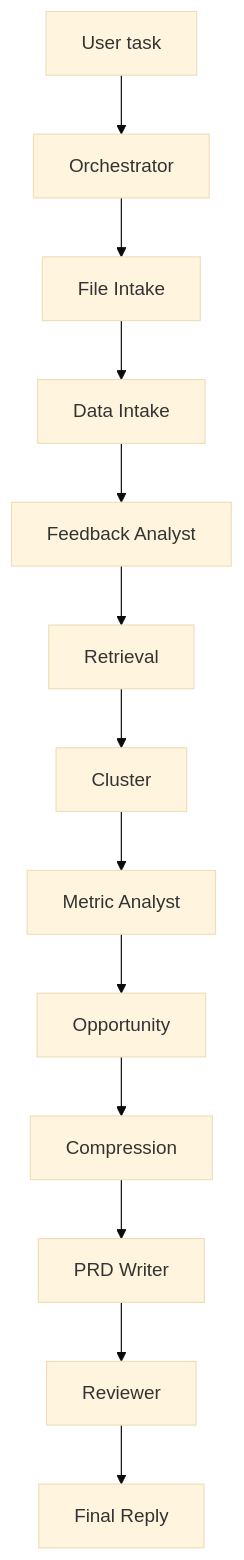
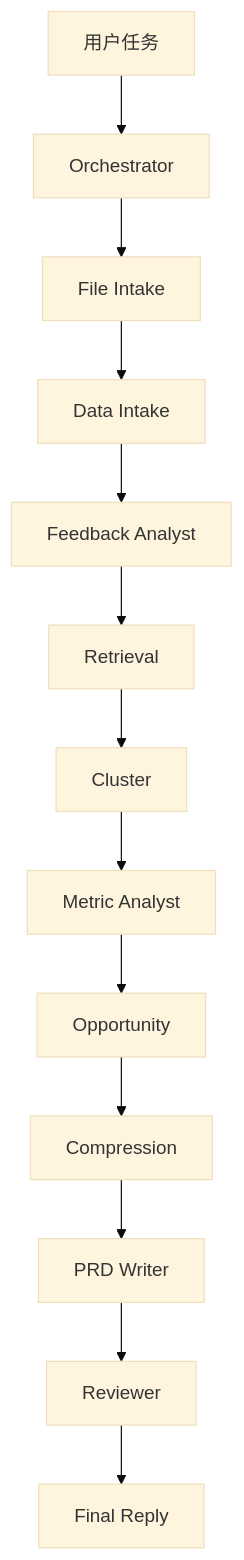
Before and after one commit to wxl-0/FeedbackOS-Agent: the second of 2 diagrams in README.md, drawn with Mermaid (base theme). The commit also changed other lines of this file, not shown here.

````diff
--- a/README.md
+++ b/README.md
@@ -82,15 +79,15 @@
 ```mermaid
 flowchart TD
-  A[User task] --> B[Orchestrator]
+  A[用户任务] --> B[Orchestrator]
   B --> C[File Intake]
   C --> D[Data Intake]
   D --> E[Feedback Analyst]
   E --> F[Retrieval]
   F --> G[Cluster]
   G --> H[Metric Analyst]
   H --> I[Opportunity]
   I --> J[Compression]
   J --> K[PRD Writer]
   K --> L[Reviewer]
   L --> M[Final Reply]
 ```
````
